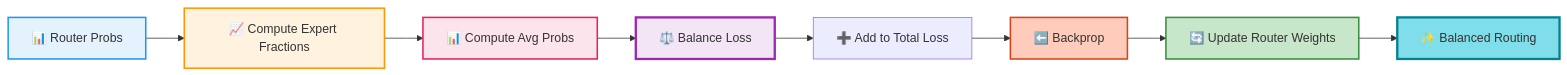
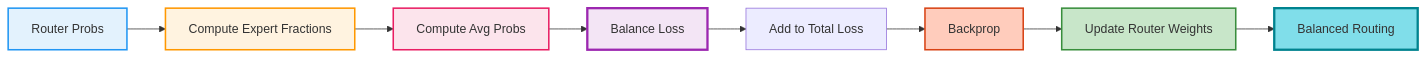
One commit to Pizzaman213/Ava_AI changed the sixth of 23 diagrams in code/docs/FLOWCHARTS_VISUAL.md. Above: the diagram before and after it, drawn with Mermaid. The commit also changed other lines of this file and 215 other files, not shown here.

````diff
--- a/code/docs/FLOWCHARTS_VISUAL.md
+++ b/code/docs/FLOWCHARTS_VISUAL.md
@@ -180,18 +180,18 @@
 ```mermaid
 graph LR
-    A[📊 Router Probs] --> B[📈 Compute Expert Fractions]
-    B --> C[📊 Compute Avg Probs]
-    C --> D[⚖️ Balance Loss]
-    D --> E[➕ Add to Total Loss]
-    E --> F[⬅️ Backprop]
-    F --> G[🔄 Update Router Weights]
-    G --> H[✨ Balanced Routing]
+    A[ Router Probs] --> B[ Compute Expert Fractions]
+    B --> C[ Compute Avg Probs]
+    C --> D[ Balance Loss]
+    D --> E[ Add to Total Loss]
+    E --> F[ Backprop]
+    F --> G[ Update Router Weights]
+    G --> H[ Balanced Routing]
 
     style A fill:#E3F2FD,stroke:#2196F3,stroke-width:2px
     style B fill:#FFF3E0,stroke:#FF9800,stroke-width:2px
     style C fill:#FCE4EC,stroke:#E91E63,stroke-width:2px
     style D fill:#F3E5F5,stroke:#9C27B0,stroke-width:3px
     style F fill:#FFCCBC,stroke:#D84315,stroke-width:2px
     style G fill:#C8E6C9,stroke:#388E3C,stroke-width:2px
     style H fill:#80DEEA,stroke:#00838F,stroke-width:3px
 ```
````
